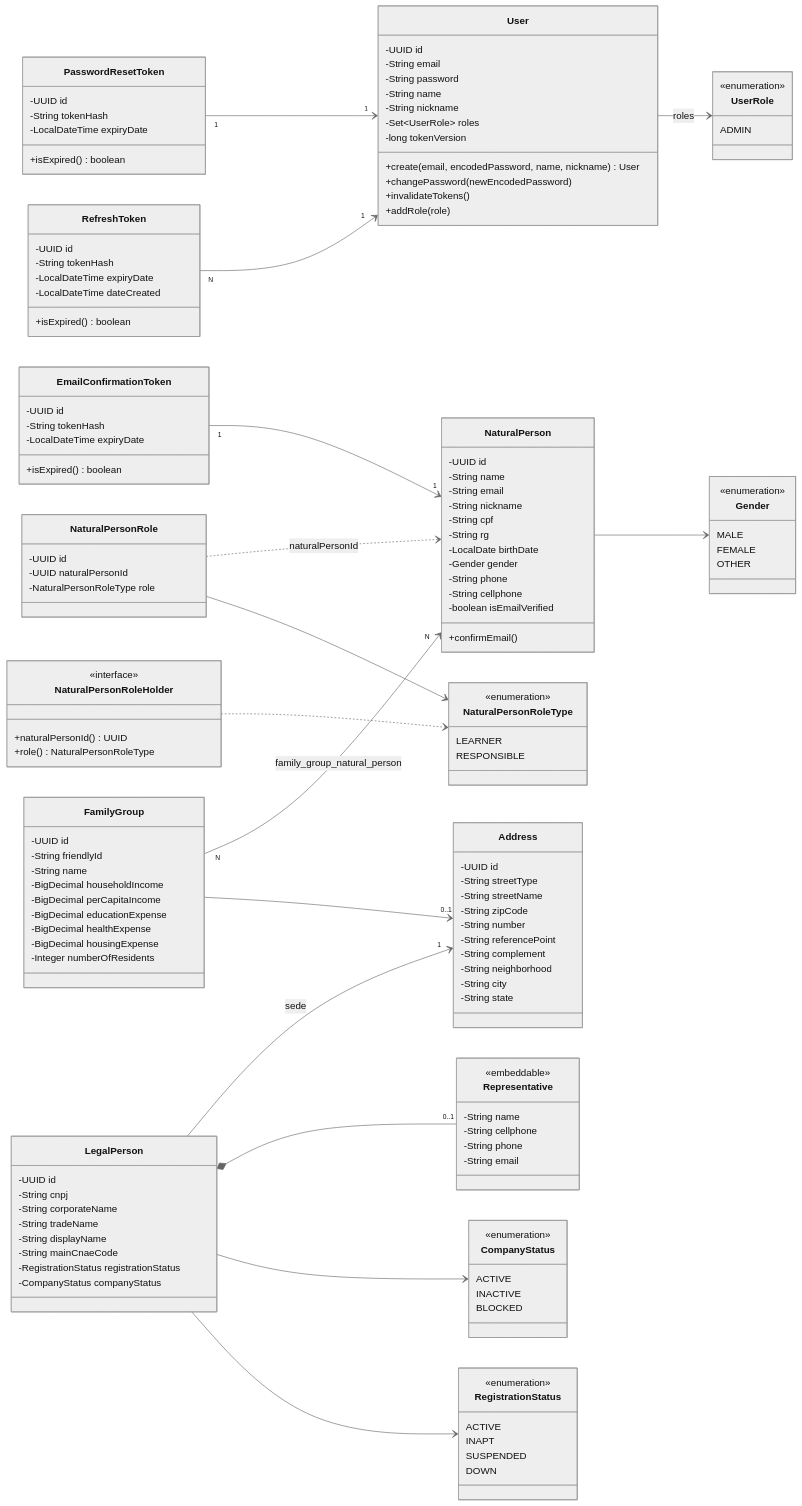
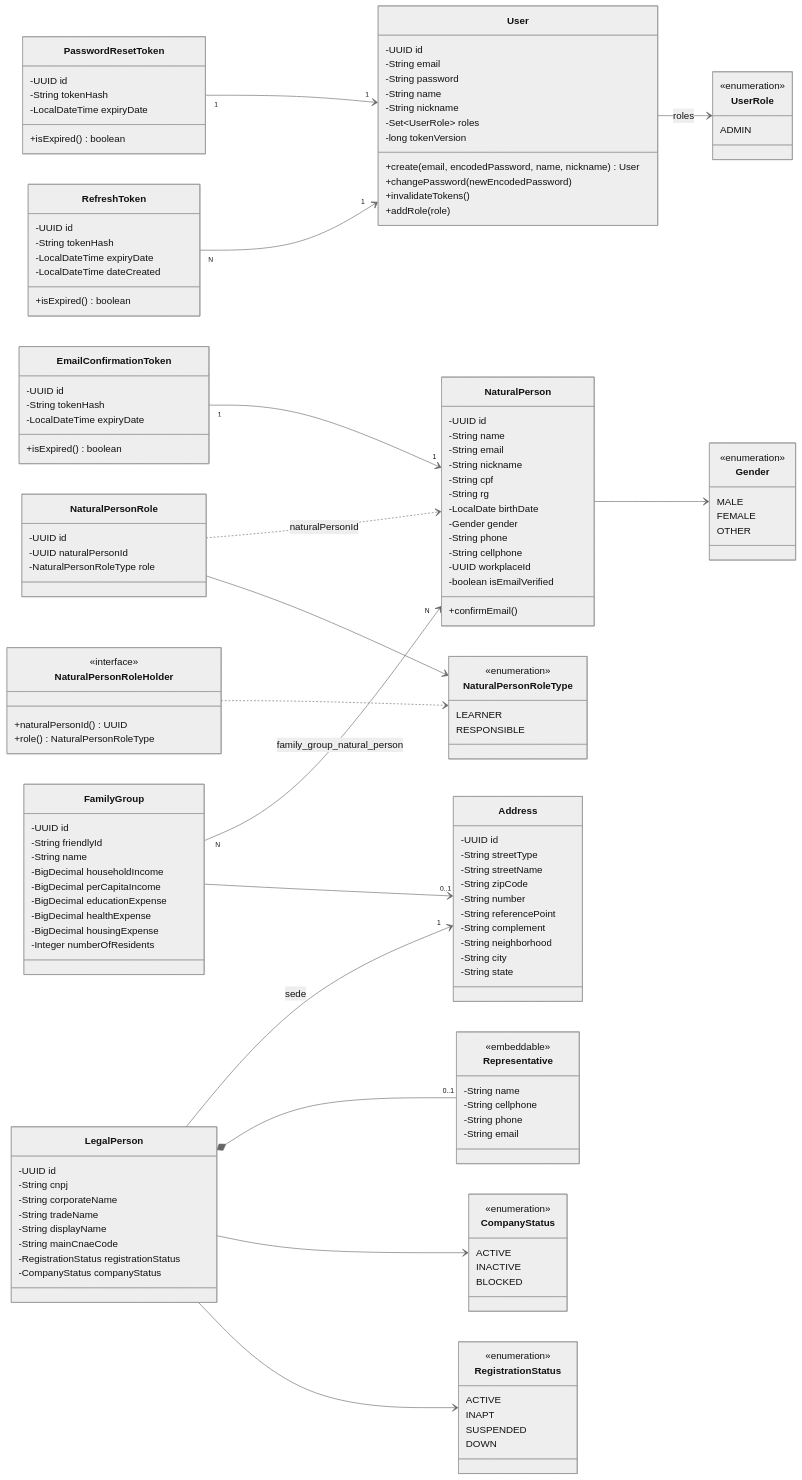
Before and after one commit to projeto-resgate/projetoresgate-api: the third of 5 diagrams in docs/tecnico/diagrama-de-classes.md, drawn with Mermaid (neutral theme). The commit also changed other lines of this file and 18 other files, not shown here.

```diff
--- a/docs/tecnico/diagrama-de-classes.md
+++ b/docs/tecnico/diagrama-de-classes.md
@@ -147,6 +147,7 @@
         -Gender gender
         -String phone
         -String cellphone
+        -UUID workplaceId
         -boolean isEmailVerified
         +confirmEmail()
     }
```
